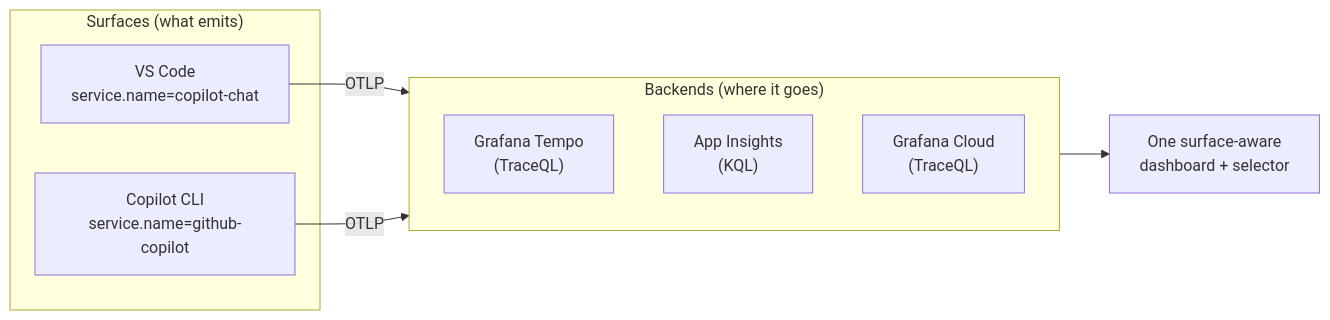
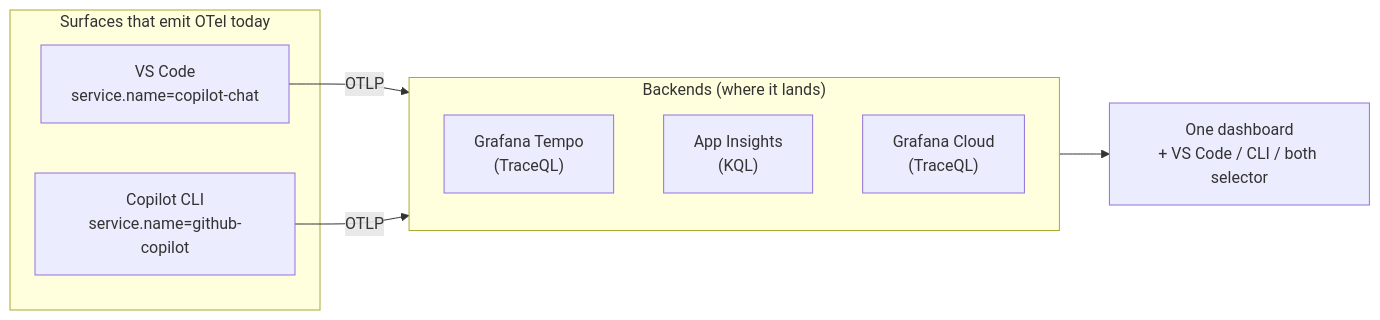
One commit to webmaxru/copilot-otel-grafana changed the diagram in docs/article.md. Above: the diagram before and after it, drawn with Mermaid. The commit also changed other lines of this file, not shown here.

First line of the commit message:
docs: reframe article around OTel-emitting surfaces (VS Code + CLI), not 'all surfaces'

````diff
--- a/docs/article.md
+++ b/docs/article.md
@@ -81,15 +99,15 @@
 ```mermaid
 flowchart LR
-    subgraph Surfaces["Surfaces (what emits)"]
+    subgraph Emit["Surfaces that emit OTel today"]
         VS["VS Code<br/>service.name=copilot-chat"]
         CLI["Copilot CLI<br/>service.name=github-copilot"]
     end
-    subgraph Backends["Backends (where it goes)"]
+    subgraph Where["Backends (where it lands)"]
         T["Grafana Tempo<br/>(TraceQL)"]
         AI["App Insights<br/>(KQL)"]
         GC["Grafana Cloud<br/>(TraceQL)"]
     end
-    VS -->|OTLP| Backends
-    CLI -->|OTLP| Backends
-    Backends --> Dash["One surface-aware<br/>dashboard + selector"]
+    VS -->|OTLP| Where
+    CLI -->|OTLP| Where
+    Where --> Dash["One dashboard<br/>+ VS Code / CLI / both selector"]
 ```
````
